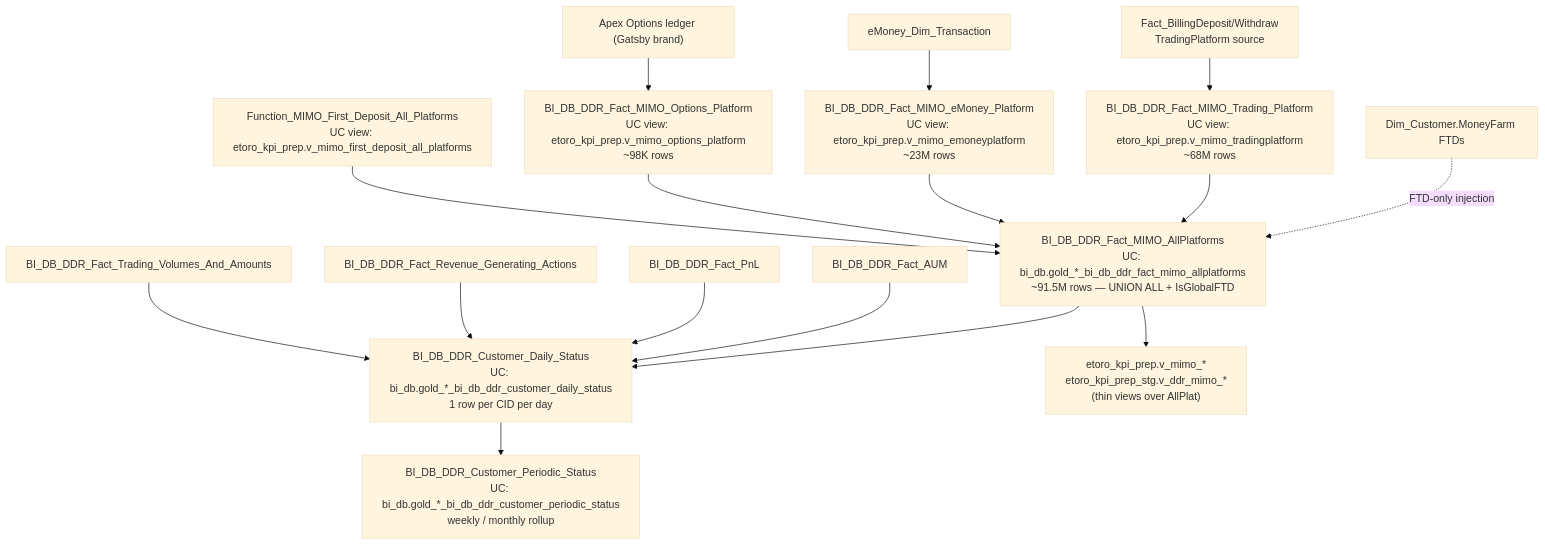
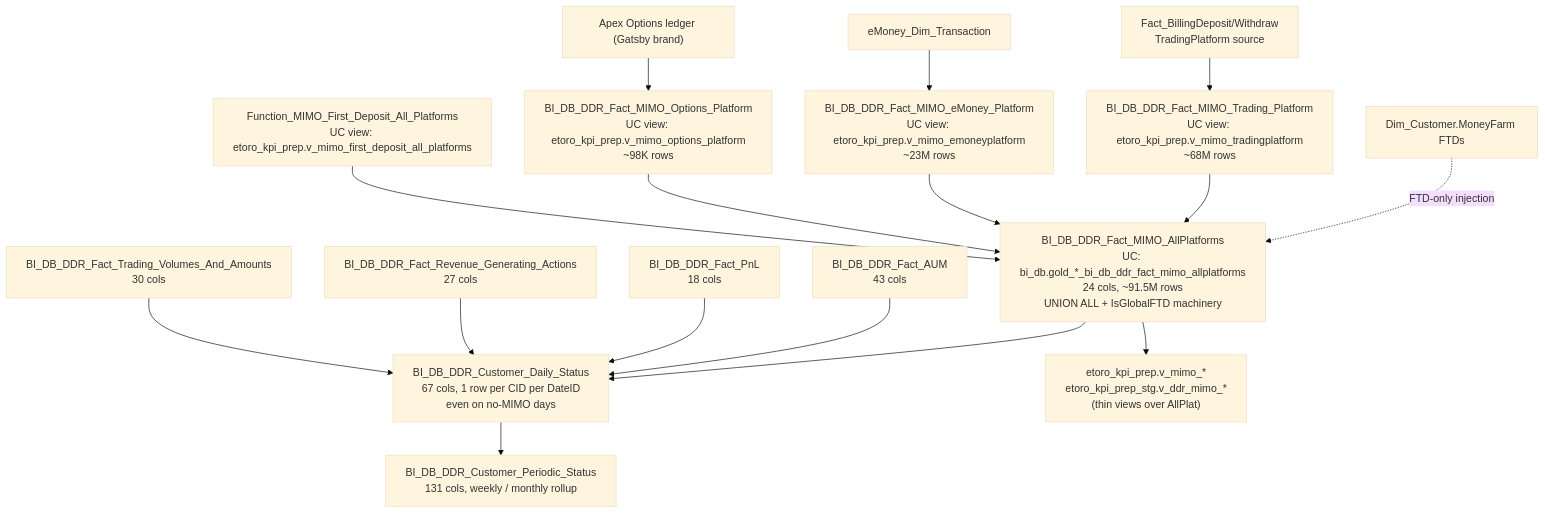
Before and after one commit to guyman-tr/Databricks_Knowledge: the diagram in knowledge/skills/domain-payments/mimo-panel-and-ddr.md, drawn with Mermaid (base theme). The commit also changed other lines of this file, not shown here.

First line of the commit message:
domain-payments/mimo-panel-and-ddr pre-DE -> SpecKit v1

````diff
--- a/knowledge/skills/domain-payments/mimo-panel-and-ddr.md
+++ b/knowledge/skills/domain-payments/mimo-panel-and-ddr.md
@@ -87,22 +143,22 @@
 ```mermaid
 graph TB
     TP["Fact_BillingDeposit/Withdraw<br/>TradingPlatform source"] --> TPMimo["BI_DB_DDR_Fact_MIMO_Trading_Platform<br/>UC view: etoro_kpi_prep.v_mimo_tradingplatform<br/>~68M rows"]
     EM["eMoney_Dim_Transaction"] --> EMMimo["BI_DB_DDR_Fact_MIMO_eMoney_Platform<br/>UC view: etoro_kpi_prep.v_mimo_emoneyplatform<br/>~23M rows"]
     OP["Apex Options ledger (Gatsby brand)"] --> OPMimo["BI_DB_DDR_Fact_MIMO_Options_Platform<br/>UC view: etoro_kpi_prep.v_mimo_options_platform<br/>~98K rows"]
     MF["Dim_Customer.MoneyFarm FTDs"] -.FTD-only injection.-> AllPlat
 
-    TPMimo --> AllPlat["BI_DB_DDR_Fact_MIMO_AllPlatforms<br/>UC: bi_db.gold_*_bi_db_ddr_fact_mimo_allplatforms<br/>~91.5M rows — UNION ALL + IsGlobalFTD"]
+    TPMimo --> AllPlat["BI_DB_DDR_Fact_MIMO_AllPlatforms<br/>UC: bi_db.gold_*_bi_db_ddr_fact_mimo_allplatforms<br/>24 cols, ~91.5M rows<br/>UNION ALL + IsGlobalFTD machinery"]
     EMMimo --> AllPlat
     OPMimo --> AllPlat
     GlobFn["Function_MIMO_First_Deposit_All_Platforms<br/>UC view: etoro_kpi_prep.v_mimo_first_deposit_all_platforms"] --> AllPlat
 
-    AllPlat --> CDS["BI_DB_DDR_Customer_Daily_Status<br/>UC: bi_db.gold_*_bi_db_ddr_customer_daily_status<br/>1 row per CID per day"]
-    AUM["BI_DB_DDR_Fact_AUM"] --> CDS
-    PnL["BI_DB_DDR_Fact_PnL"] --> CDS
-    RGA["BI_DB_DDR_Fact_Revenue_Generating_Actions"] --> CDS
-    TVA["BI_DB_DDR_Fact_Trading_Volumes_And_Amounts"] --> CDS
+    AllPlat --> CDS["BI_DB_DDR_Customer_Daily_Status<br/>67 cols, 1 row per CID per DateID<br/>even on no-MIMO days"]
+    AUM["BI_DB_DDR_Fact_AUM<br/>43 cols"] --> CDS
+    PnL["BI_DB_DDR_Fact_PnL<br/>18 cols"] --> CDS
+    RGA["BI_DB_DDR_Fact_Revenue_Generating_Actions<br/>27 cols"] --> CDS
+    TVA["BI_DB_DDR_Fact_Trading_Volumes_And_Amounts<br/>30 cols"] --> CDS
 
-    CDS --> CPS["BI_DB_DDR_Customer_Periodic_Status<br/>UC: bi_db.gold_*_bi_db_ddr_customer_periodic_status<br/>weekly / monthly rollup"]
+    CDS --> CPS["BI_DB_DDR_Customer_Periodic_Status<br/>131 cols, weekly / monthly rollup"]
 
     AllPlat --> KPI["etoro_kpi_prep.v_mimo_*<br/>etoro_kpi_prep_stg.v_ddr_mimo_*<br/>(thin views over AllPlat)"]
 ```
````
